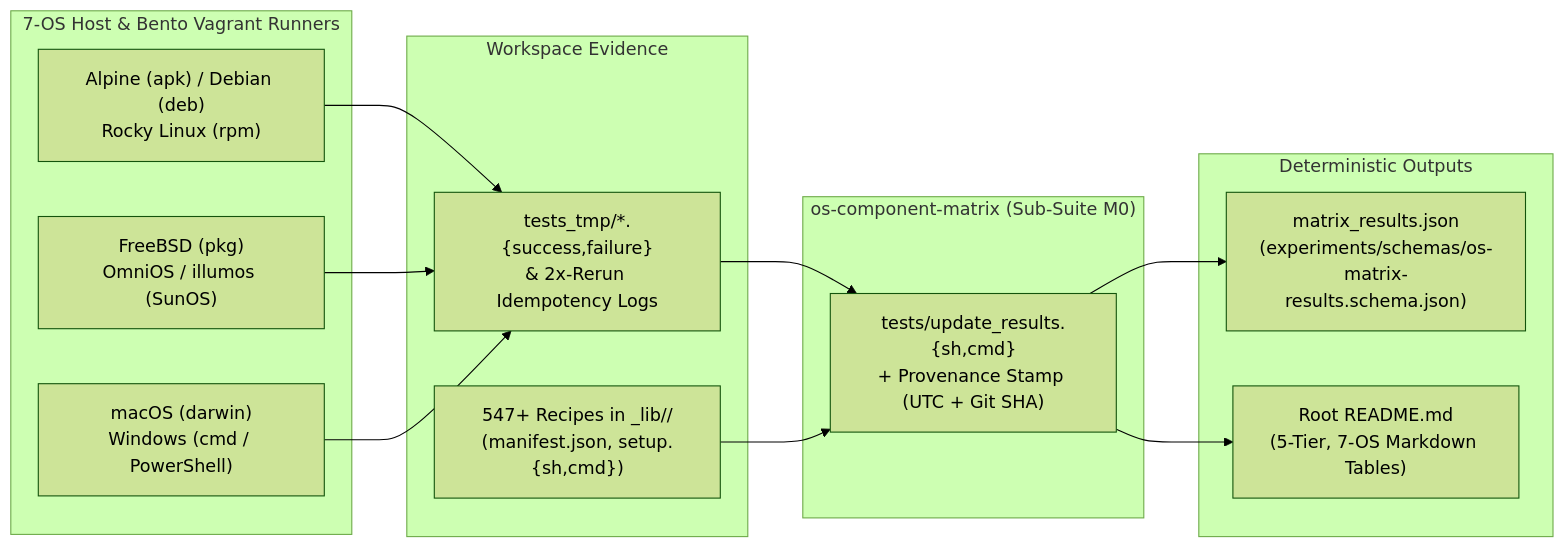
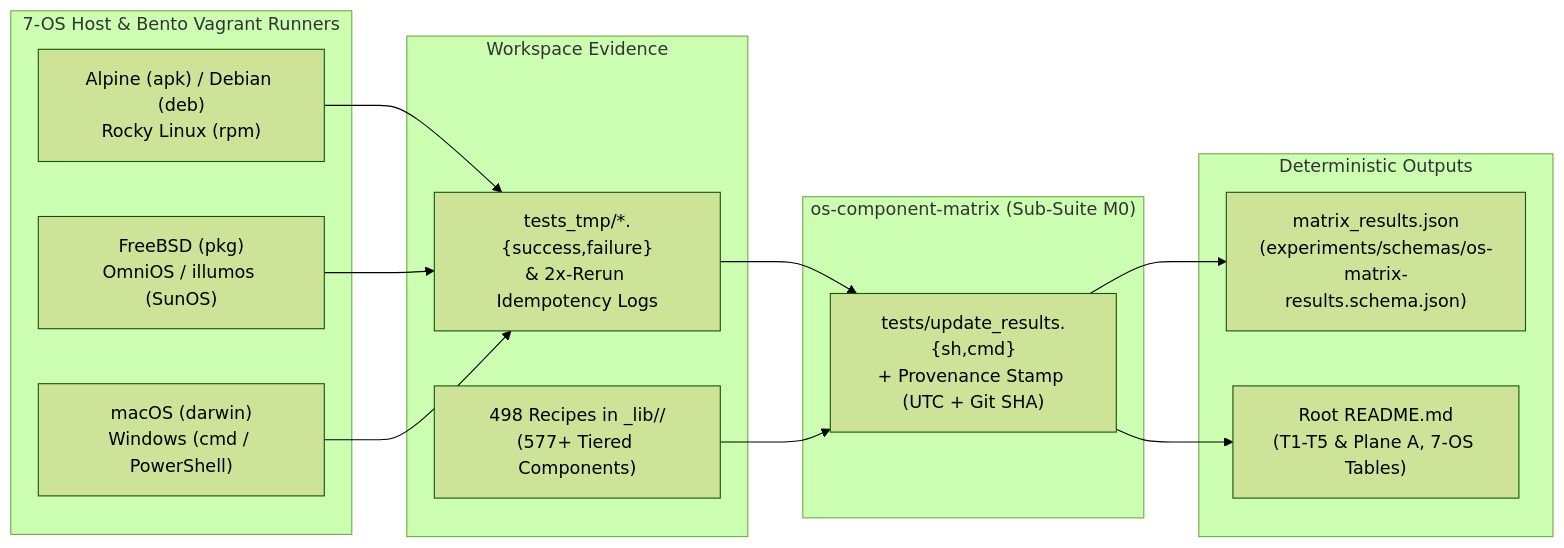
The diagram in experiments/os-component-matrix/README.md (SamuelMarks/libscript), drawn with Mermaid (forest theme) before and after one commit. The commit also changed other lines of this file and 856 other files, not shown here.

````diff
--- a/experiments/os-component-matrix/README.md
+++ b/experiments/os-component-matrix/README.md
@@ -19,25 +19,25 @@
 ```mermaid
 flowchart LR
     subgraph Runners["7-OS Host & Bento Vagrant Runners"]
         Linux["Alpine (apk) / Debian (deb)<br/>Rocky Linux (rpm)"]
         BSD["FreeBSD (pkg)<br/>OmniOS / illumos (SunOS)"]
         Desktop["macOS (darwin)<br/>Windows (cmd / PowerShell)"]
     end
 
     subgraph Inputs["Workspace Evidence"]
         Markers["tests_tmp/*.{success,failure}<br/>& 2x-Rerun Idempotency Logs"]
-        Catalog["547+ Recipes in _lib/<cat>/<comp><br/>(manifest.json, setup.{sh,cmd})"]
+        Catalog["498 Recipes in _lib/<cat>/<comp><br/>(577+ Tiered Components)"]
     end
 
     subgraph Engine["os-component-matrix (Sub-Suite M0)"]
         Agg["tests/update_results.{sh,cmd}<br/>+ Provenance Stamp (UTC + Git SHA)"]
     end
 
     subgraph Artifacts["Deterministic Outputs"]
         JSON["matrix_results.json<br/>(experiments/schemas/os-matrix-results.schema.json)"]
-        MD["Root README.md<br/>(5-Tier, 7-OS Markdown Tables)"]
+        MD["Root README.md<br/>(T1-T5 & Plane A, 7-OS Tables)"]
     end
 
     Linux & BSD & Desktop --> Markers
     Markers & Catalog --> Agg --> JSON & MD
 ```
````
